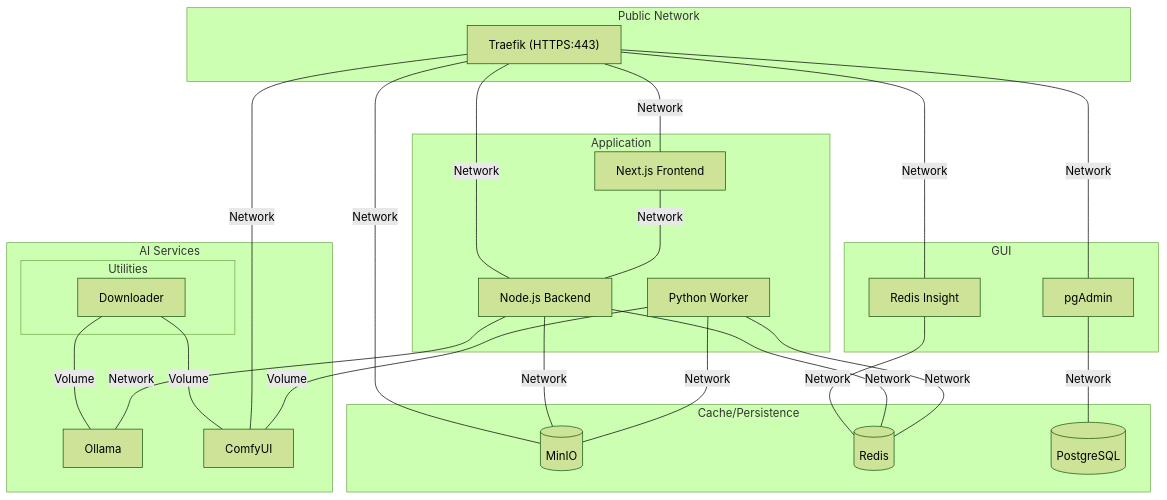
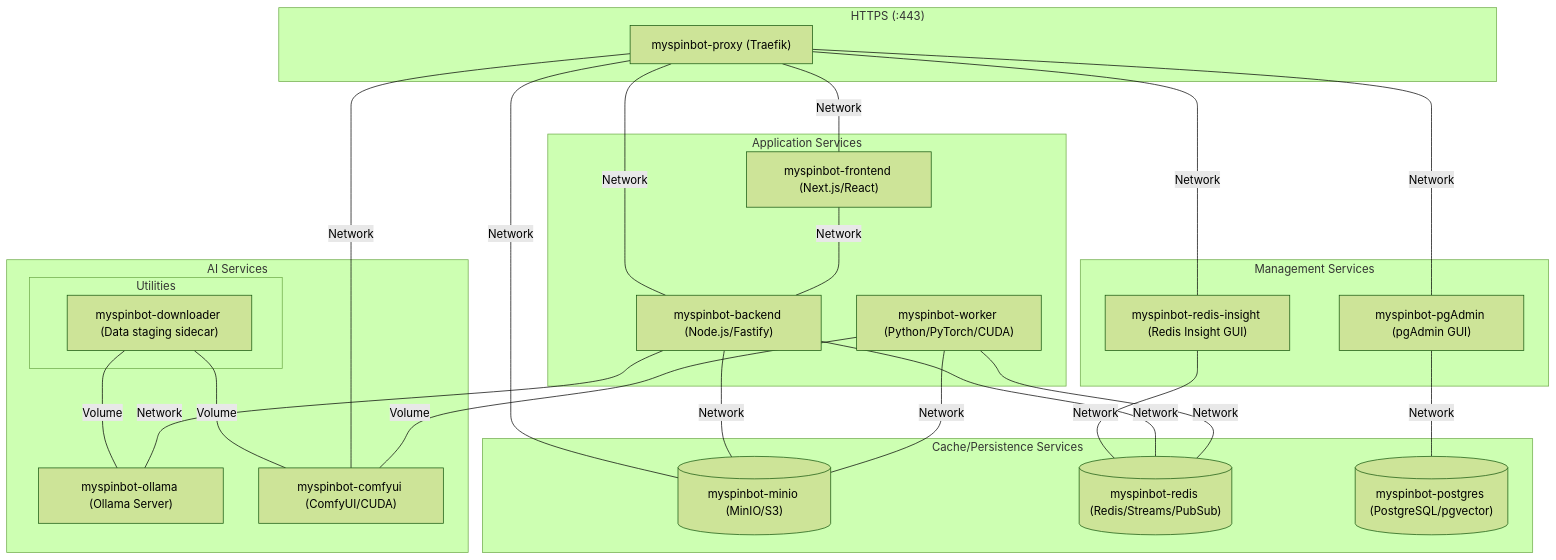
The first of 6 diagrams in docs/04_modular_breakdown.md (ktzevani/myspinbot), drawn with Mermaid (forest theme) before and after one commit. The commit also changed other lines of this file, not shown here.

````diff
--- a/docs/04_modular_breakdown.md
+++ b/docs/04_modular_breakdown.md
@@ -35,45 +49,45 @@
 ```mermaid
 flowchart TB
-    subgraph Traefik["Public Network"]
-      Proxy["Traefik (HTTPS:443)"]
+    subgraph PublicNetwork["HTTPS (:443)"]
+      Proxy["myspinbot-proxy (Traefik)"]
     end
-    subgraph Application
-      UI["Next.js Frontend"]
-      API["Node.js Backend"]
-      Worker["Python Worker"]
+    subgraph ApplicationServices[Application Services]
+      UI["myspinbot-frontend (Next.js/React)"]
+      API["myspinbot-backend (Node.js/Fastify)"]
+      Worker["myspinbot-worker (Python/PyTorch/CUDA)"]
     end
-    subgraph Storage["Cache/Persistence"]
-      S3[(MinIO)]
-      Redis[(Redis)]
-      Postgres[(PostgreSQL)]
+    subgraph StorageServices["Cache/Persistence Services"]
+      S3[("myspinbot-minio (MinIO/S3)")]
+      Redis[("myspinbot-redis (Redis/Streams/PubSub)")]
+      Postgres[("myspinbot-postgres (PostgreSQL/pgvector)")]
     end
-    subgraph Tools["GUI"]
-      RedisInsight[Redis Insight]
-      Pgadmin[pgAdmin]
+    subgraph ManagementServices["Management Services"]
+      RedisInsight["myspinbot-redis-insight (Redis Insight GUI)"]
+      Pgadmin["myspinbot-pgAdmin (pgAdmin GUI)"]
     end
-    subgraph AIInfa["AI Services"]
-      subgraph AIDevOps["Utilities"]
-        Downloader["Downloader"]
+    subgraph AIServices["AI Services"]
+      subgraph AIUtilities["Utilities"]
+        Downloader["myspinbot-downloader (Data staging sidecar)"]
       end
-      Ollama[Ollama]
-      Comfy[ComfyUI]
+      Ollama["myspinbot-ollama (Ollama Server)"]
+      Comfy["myspinbot-comfyui (ComfyUI/CUDA)"]
     end
 
     Downloader -- Volume --- Ollama
     Downloader -- Volume --- Comfy
     Proxy -- Network --- Comfy
     Proxy -- Network --- UI
     Proxy -- Network --- API
     Proxy -- Network --- S3
     Proxy -- Network --- RedisInsight
     Proxy -- Network --- Pgadmin
     RedisInsight -- Network --- Redis
     Pgadmin -- Network --- Postgres
     UI -- Network --- API
     API -- Network --- Redis
     API -- Network --- S3
     API -- Network --- Ollama
     Worker -- Volume --- Comfy
     Worker -- Network --- Redis
     Worker -- Network --- S3
 ```
````
